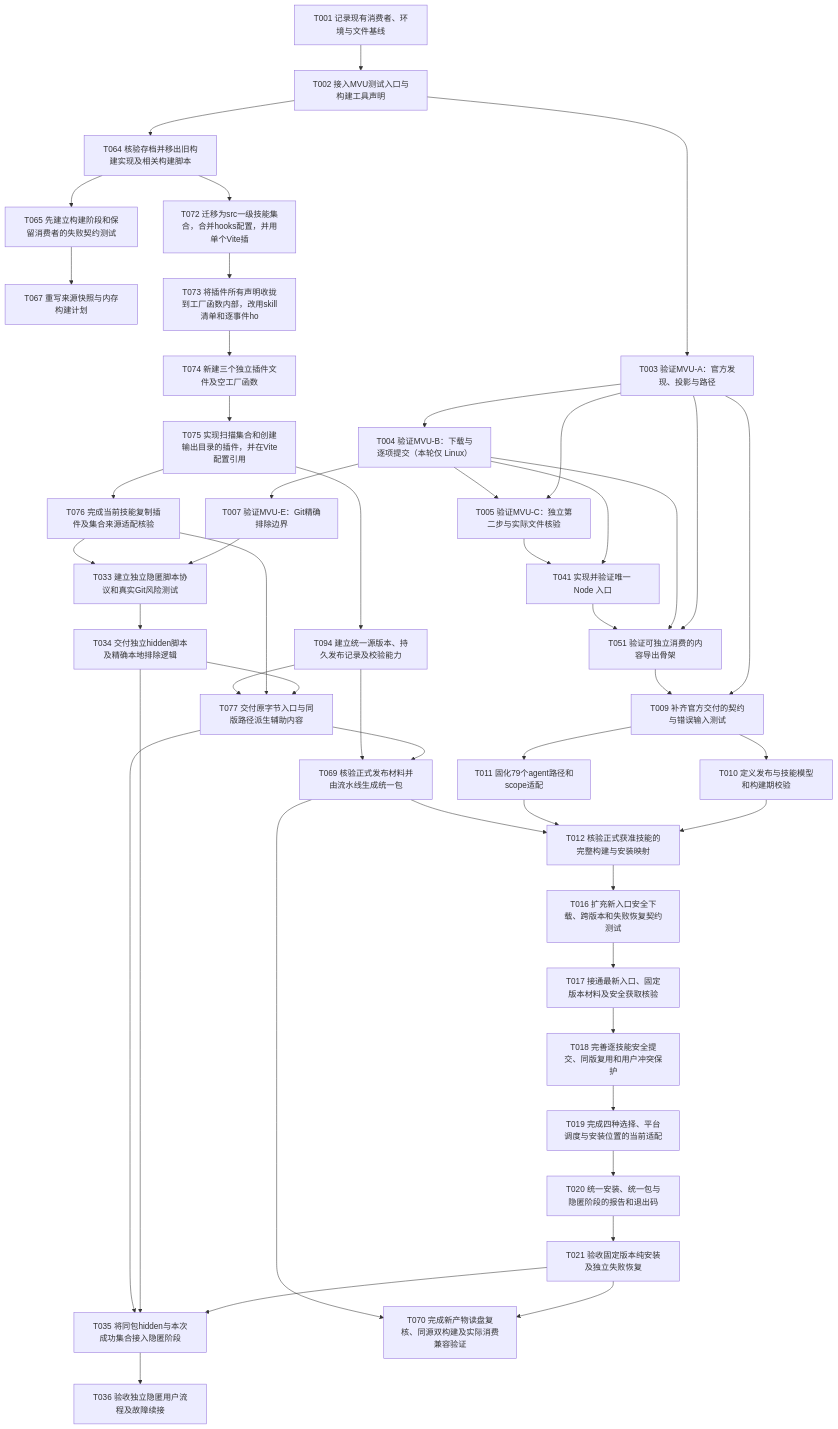
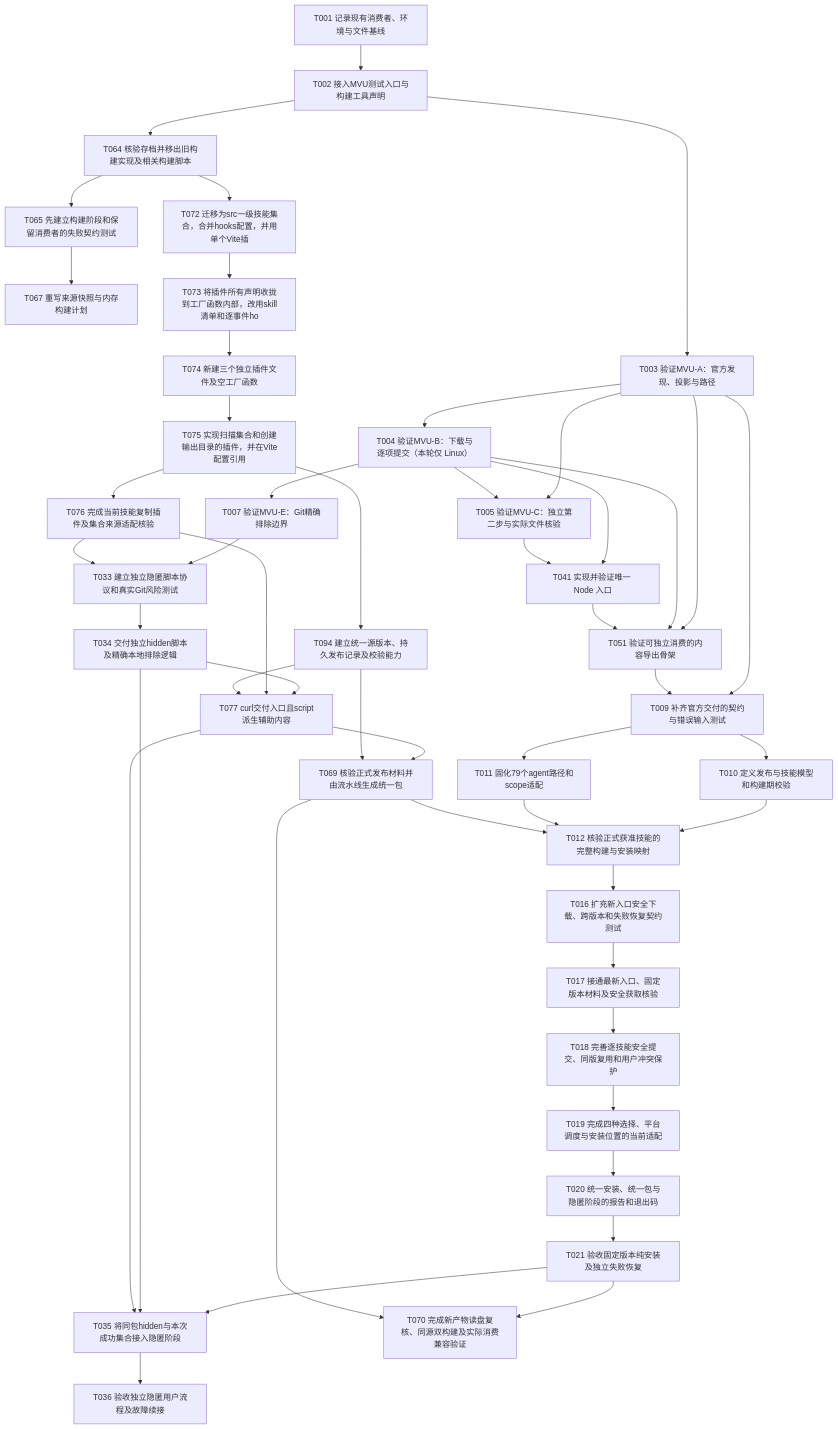
Before and after one commit to Ena-Heleneto/agent-foundry: the first of 3 diagrams in specs/skills/001-skills-distribution/diagrams/logic-flow.md, drawn with Mermaid. The commit also changed other lines of this file and 124 other files, not shown here.

```diff
--- a/specs/skills/001-skills-distribution/diagrams/logic-flow.md
+++ b/specs/skills/001-skills-distribution/diagrams/logic-flow.md
@@ -40,7 +40,7 @@
     T074["T074 新建三个独立插件文件及空工厂函数"]
     T075["T075 实现扫描集合和创建输出目录的插件，并在Vite配置引用"]
     T076["T076 完成当前技能复制插件及集合来源适配核验"]
-    T077["T077 交付原字节入口与同版路径派生辅助内容"]
+    T077["T077 curl交付入口且script派生辅助内容"]
     T094["T094 建立统一源版本、持久发布记录及校验能力"]
     T001 --> T002
     T002 --> T003
```
